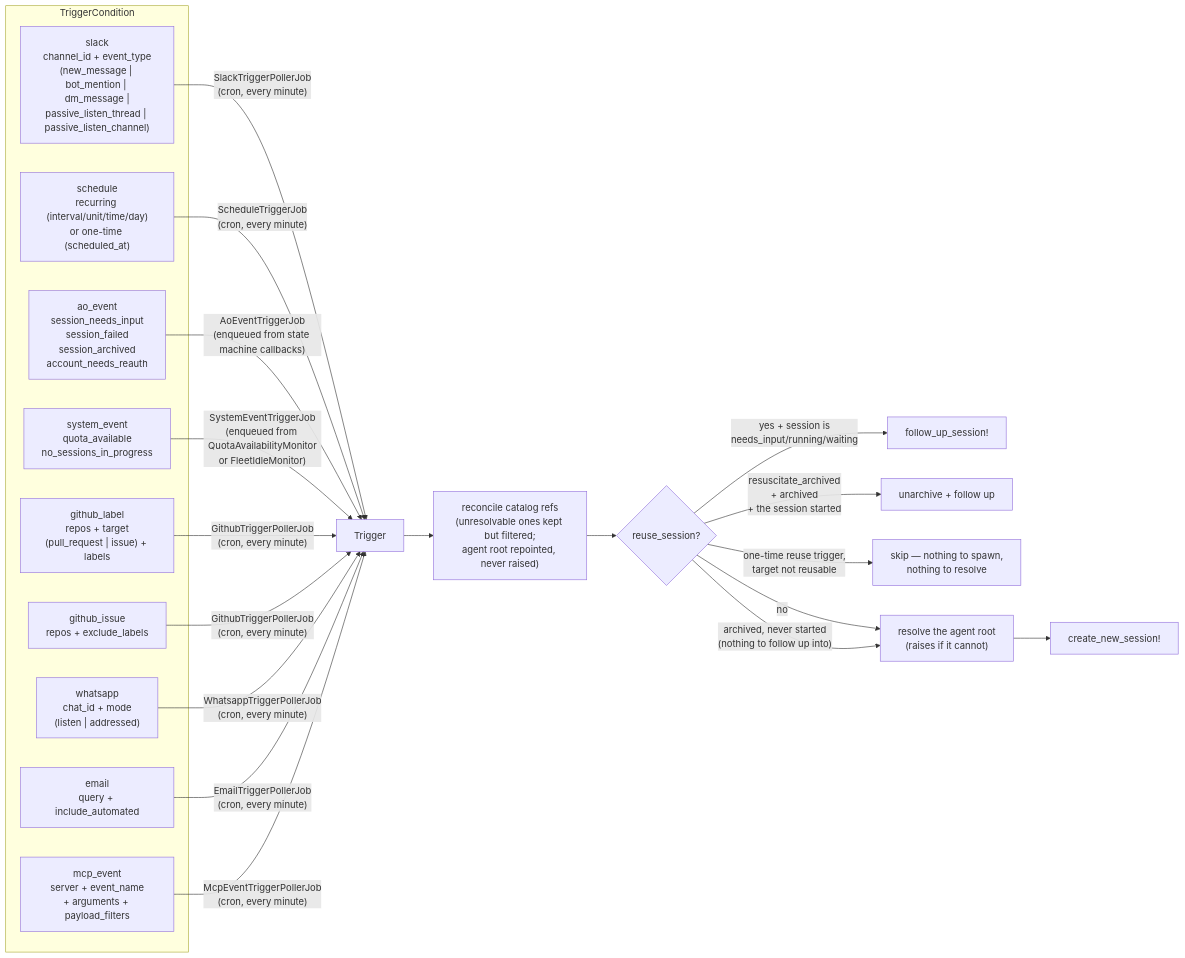
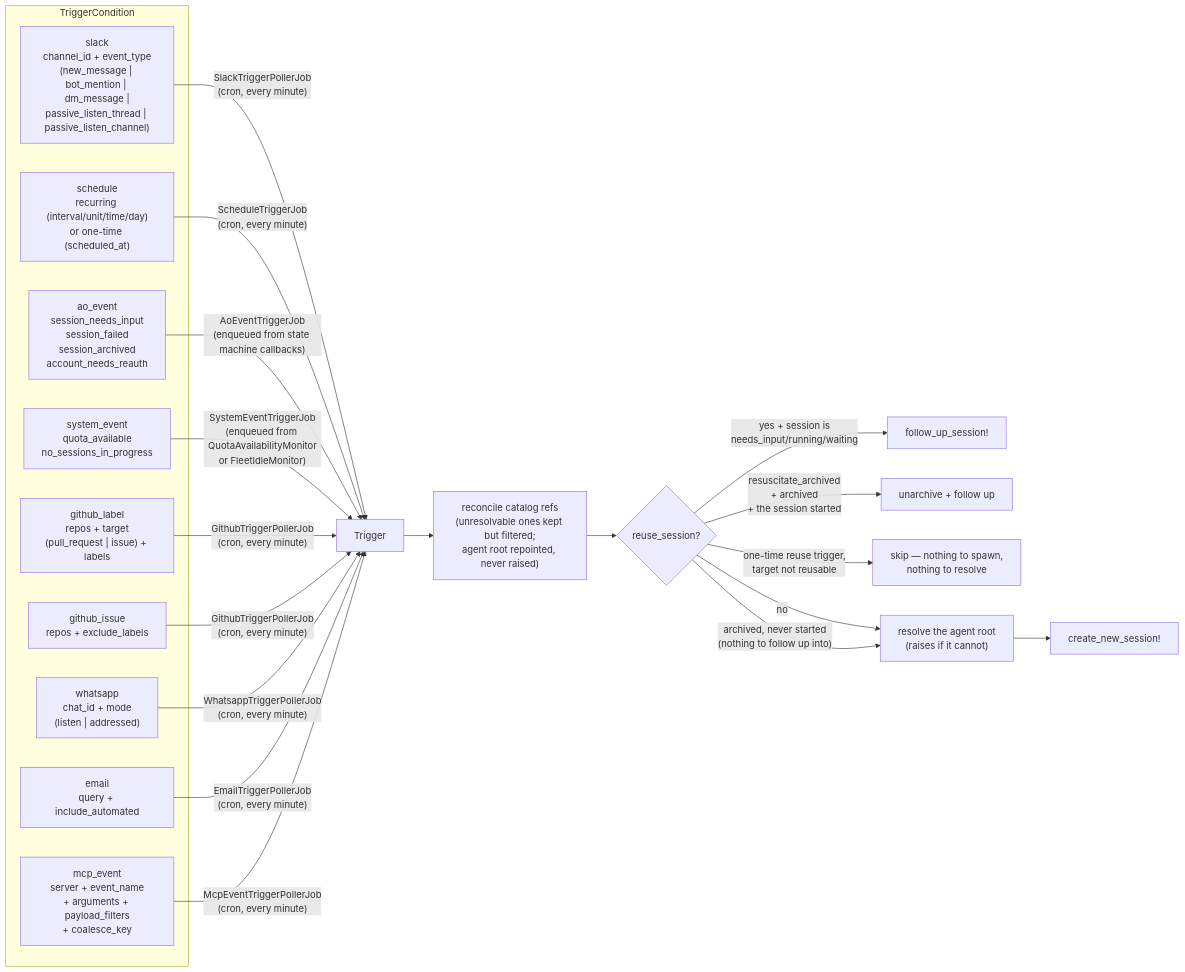
The first of 2 diagrams in docs/src/content/docs/sessions/triggers.md (tadasant/zimmer), drawn with Mermaid before and after one commit. The commit also changed other lines of this file and 17 other files, not shown here.

First line of the commit message:
feat(triggers): mcp_event coalesce_key folds a burst per payload key into one session

````diff
--- a/docs/src/content/docs/sessions/triggers.md
+++ b/docs/src/content/docs/sessions/triggers.md
@@ -20,33 +20,33 @@
 ```mermaid
 flowchart LR
     subgraph conditions["TriggerCondition"]
         SL["slack<br/>channel_id + event_type<br/>(new_message | bot_mention | dm_message |<br/>passive_listen_thread | passive_listen_channel)"]
         SC["schedule<br/>recurring (interval/unit/time/day)<br/>or one-time (scheduled_at)"]
         AO["ao_event<br/>session_needs_input<br/>session_failed<br/>session_archived<br/>account_needs_reauth"]
         SE["system_event<br/>quota_available<br/>no_sessions_in_progress"]
         GL["github_label<br/>repos + target<br/>(pull_request | issue) + labels"]
         GI["github_issue<br/>repos + exclude_labels"]
         WA["whatsapp<br/>chat_id + mode<br/>(listen | addressed)"]
         EM["email<br/>query + include_automated"]
-        ME["mcp_event<br/>server + event_name<br/>+ arguments + payload_filters"]
+        ME["mcp_event<br/>server + event_name<br/>+ arguments + payload_filters<br/>+ coalesce_key"]
     end
 
     SL -->|"SlackTriggerPollerJob<br/>(cron, every minute)"| T["Trigger"]
     SC -->|"ScheduleTriggerJob<br/>(cron, every minute)"| T
     AO -->|"AoEventTriggerJob<br/>(enqueued from state machine callbacks)"| T
     SE -->|"SystemEventTriggerJob<br/>(enqueued from QuotaAvailabilityMonitor<br/>or FleetIdleMonitor)"| T
     GL -->|"GithubTriggerPollerJob<br/>(cron, every minute)"| T
     GI -->|"GithubTriggerPollerJob<br/>(cron, every minute)"| T
     WA -->|"WhatsappTriggerPollerJob<br/>(cron, every minute)"| T
     EM -->|"EmailTriggerPollerJob<br/>(cron, every minute)"| T
     ME -->|"McpEventTriggerPollerJob<br/>(cron, every minute)"| T
 
     T --> H["reconcile catalog refs<br/>(unresolvable ones kept but filtered;<br/>agent root repointed, never raised)"]
     H --> D{"reuse_session?"}
     D -->|"yes + session is<br/>needs_input/running/waiting"| FU["follow_up_session!"]
     D -->|"resuscitate_archived<br/>+ archived<br/>+ the session started"| RS["unarchive + follow up"]
     D -->|"one-time reuse trigger,<br/>target not reusable"| SK["skip — nothing to spawn,<br/>nothing to resolve"]
     D -->|no| HR["resolve the agent root<br/>(raises if it cannot)"]
     D -->|"archived, never started<br/>(nothing to follow up into)"| HR
     HR --> NEW["create_new_session!"]
 ```
````
